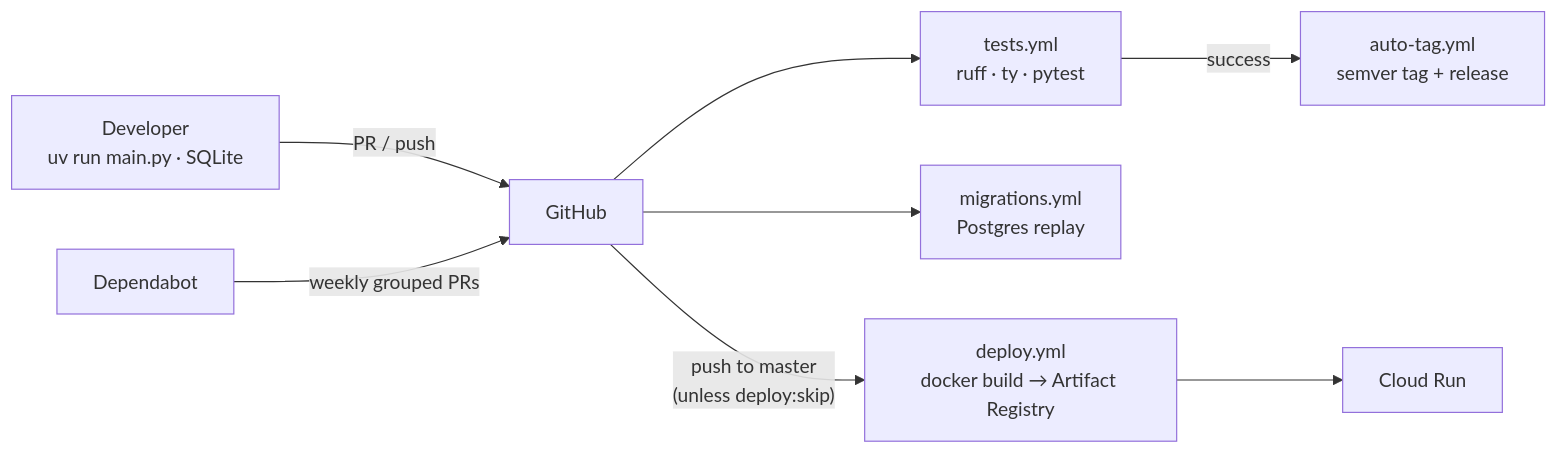
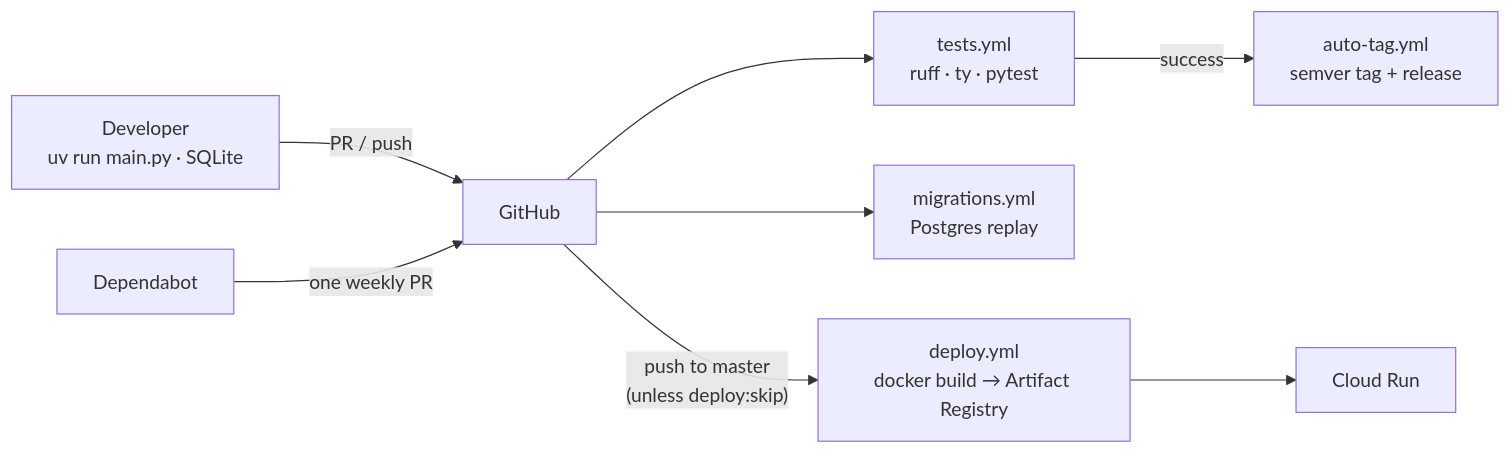
Before and after one commit to jollyolliel/IntegratED: the sixth of 6 diagrams in docs/system-design.md, drawn with Mermaid. The commit also changed 2 other files, not shown here.

Commit message:
Group Dependabot updates into one weekly PR
Only critical advisories open an immediate security PR; that filter is a
repo setting, since dependabot.yml cannot filter by severity.

#donttriggerdeploy

````diff
--- a/docs/system-design.md
+++ b/docs/system-design.md
@@ -189,10 +189,10 @@
 ```mermaid
 flowchart LR
     Dev["Developer<br/>uv run main.py · SQLite"] -- PR / push --> GH[GitHub]
     GH --> T["tests.yml<br/>ruff · ty · pytest"]
     GH --> Mig["migrations.yml<br/>Postgres replay"]
     T -- success --> Tag["auto-tag.yml<br/>semver tag + release"]
     GH -- "push to master<br/>(unless deploy:skip)" --> Dep["deploy.yml<br/>docker build → Artifact Registry"]
     Dep --> CR[Cloud Run]
-    Bot[Dependabot] -- weekly grouped PRs --> GH
+    Bot[Dependabot] -- one weekly PR --> GH
 ```
````
